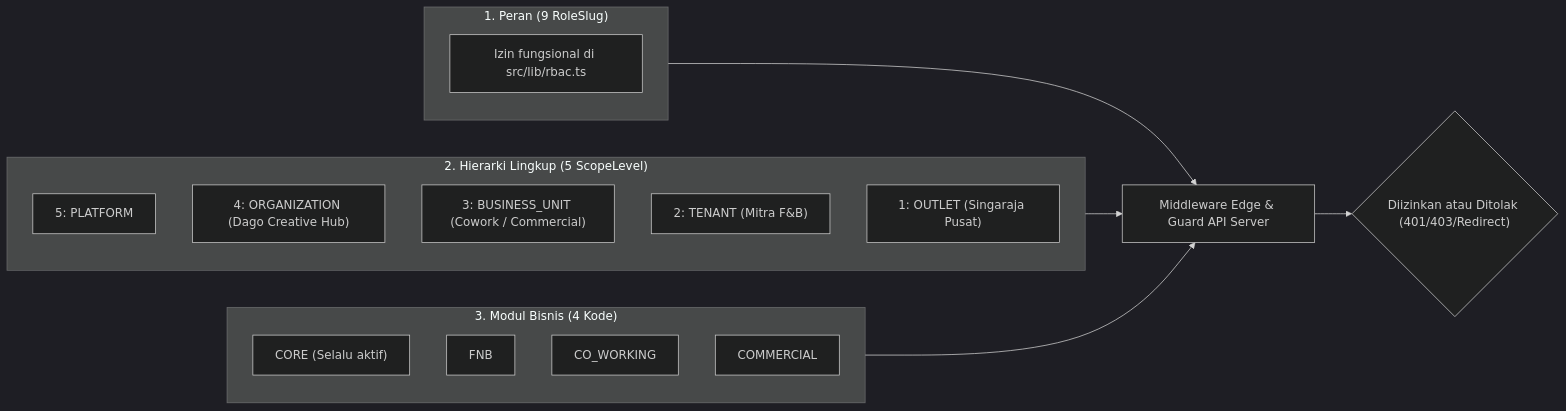
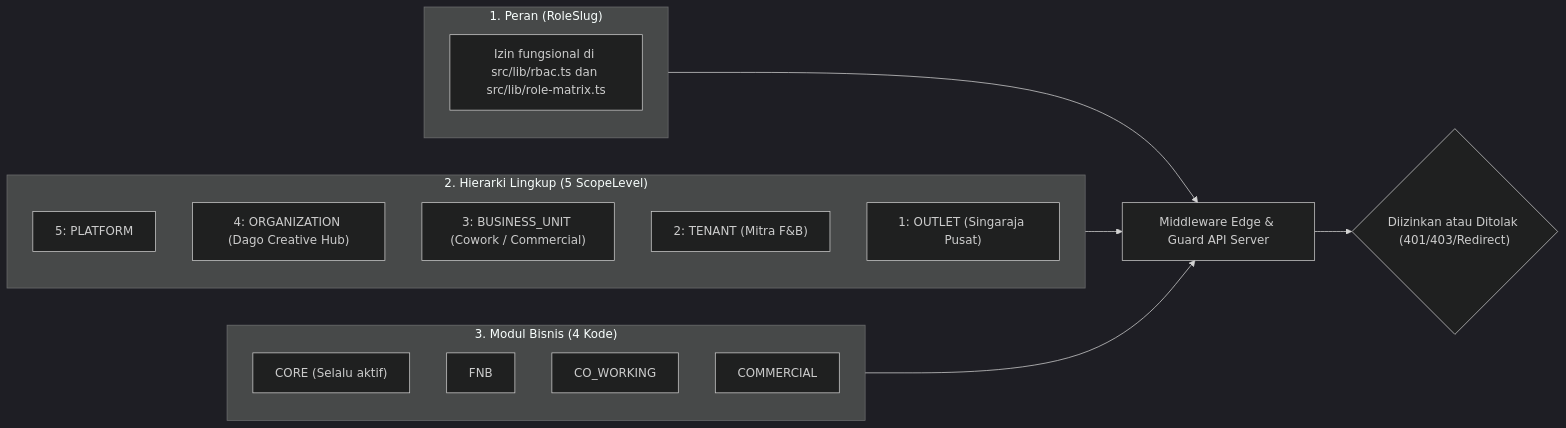
One commit to Shandi-Aditya/DagoEng-FnB-Management changed the diagram in docs/RBAC.md. Above: the diagram before and after it, drawn with Mermaid (dark theme). The commit also changed other lines of this file and 11 other files, not shown here.

First line of the commit message:
feat(rbac): modelkan role matrix POS F&B multi-mitra dan integrasikan peran finance

````diff
--- a/docs/RBAC.md
+++ b/docs/RBAC.md
@@ -7,26 +7,26 @@
 ```mermaid
 flowchart LR
-    subgraph Axis1 ["1. Peran (9 RoleSlug)"]
-        R1["Izin fungsional di src/lib/rbac.ts"]
+    subgraph Axis1 ["1. Peran (RoleSlug)"]
+        R1["Izin fungsional di src/lib/rbac.ts dan src/lib/role-matrix.ts"]
     end
 
     subgraph Axis2 ["2. Hierarki Lingkup (5 ScopeLevel)"]
         S1["5: PLATFORM"]
         S2["4: ORGANIZATION (Dago Creative Hub)"]
         S3["3: BUSINESS_UNIT (Cowork / Commercial)"]
         S4["2: TENANT (Mitra F&B)"]
         S5["1: OUTLET (Singaraja Pusat)"]
     end
 
     subgraph Axis3 ["3. Modul Bisnis (4 Kode)"]
         M1["CORE (Selalu aktif)"]
         M2["FNB"]
         M3["CO_WORKING"]
         M4["COMMERCIAL"]
     end
 
     Axis1 --> Guard["Middleware Edge & Guard API Server"]
     Axis2 --> Guard
     Axis3 --> Guard
     Guard --> Result{"Diizinkan atau Ditolak (401/403/Redirect)"}
 ```
````
